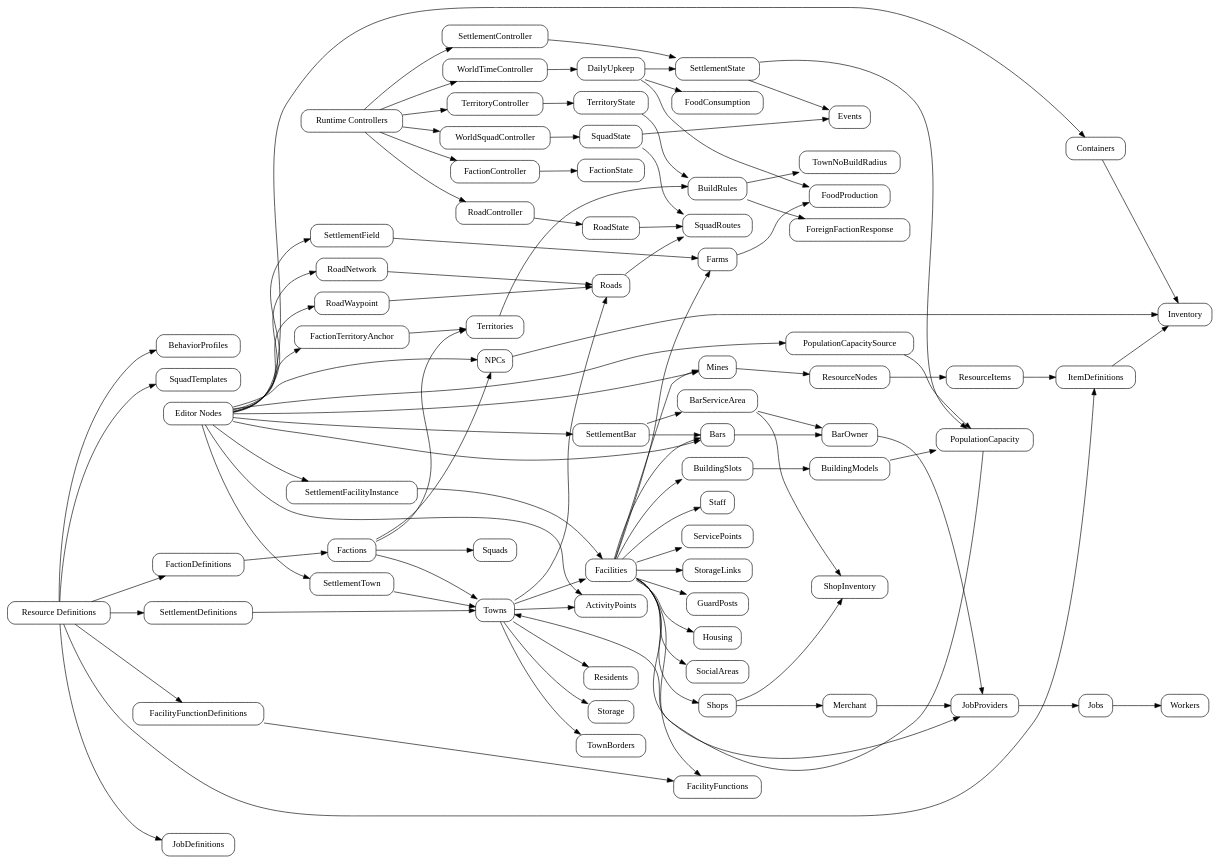
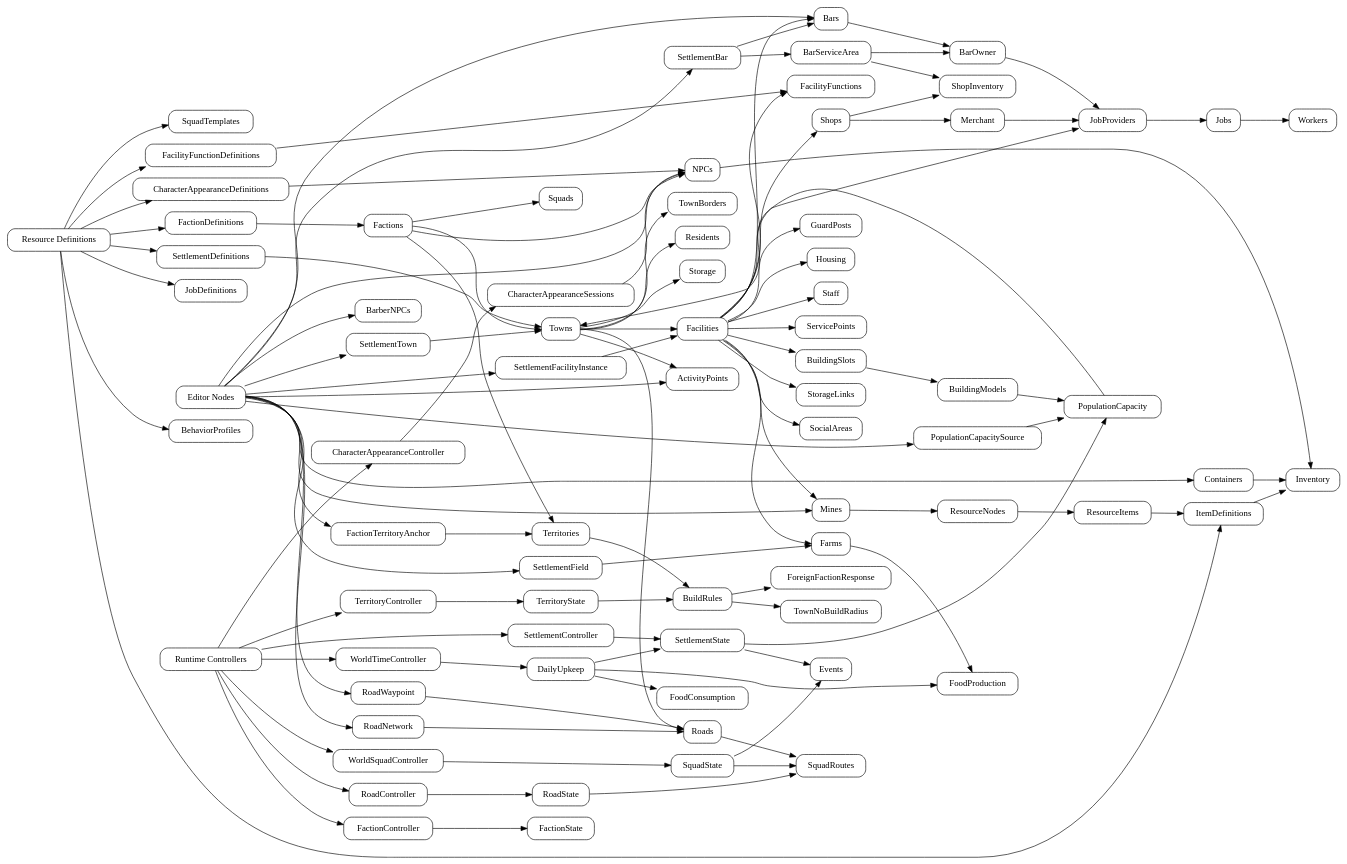
Before and after one commit to dustinc555/mygame: the diagram in architecture/game-data.md, drawn with Graphviz. The commit also changed other lines of this file and 65 other files, not shown here.

```diff
--- a/architecture/game-data.md
+++ b/architecture/game-data.md
@@ -26,6 +26,7 @@
   Resources -> FacilityFunctionDefinitions;
   Resources -> BehaviorProfiles;
   Resources -> SquadTemplates;
+  Resources -> CharacterAppearanceDefinitions;
 
   Nodes -> SettlementTown;
   Nodes -> FactionTerritoryAnchor;
@@ -33,6 +34,7 @@
   Nodes -> RoadWaypoint;
   Nodes -> PopulationCapacitySource;
   Nodes -> NPCs;
+  Nodes -> BarberNPCs;
   Nodes -> Containers;
   Nodes -> Bars;
   Nodes -> Mines;
@@ -113,6 +115,7 @@
   Controllers -> RoadController;
   Controllers -> WorldSquadController;
   Controllers -> WorldTimeController;
+  Controllers -> CharacterAppearanceController;
 
   FactionController -> FactionState;
   SettlementController -> SettlementState;
@@ -120,10 +123,13 @@
   RoadController -> RoadState;
   WorldSquadController -> SquadState;
   WorldTimeController -> DailyUpkeep;
+  CharacterAppearanceController -> CharacterAppearanceSessions;
 
   DailyUpkeep -> FoodProduction;
   DailyUpkeep -> FoodConsumption;
   DailyUpkeep -> SettlementState;
+  CharacterAppearanceSessions -> NPCs;
+  CharacterAppearanceDefinitions -> NPCs;
   SettlementState -> Events;
   SettlementState -> PopulationCapacity;
   SquadState -> Events;
```
